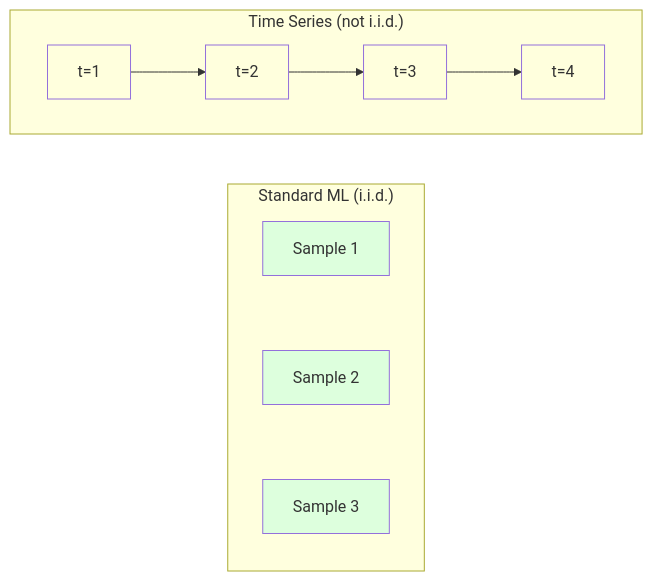
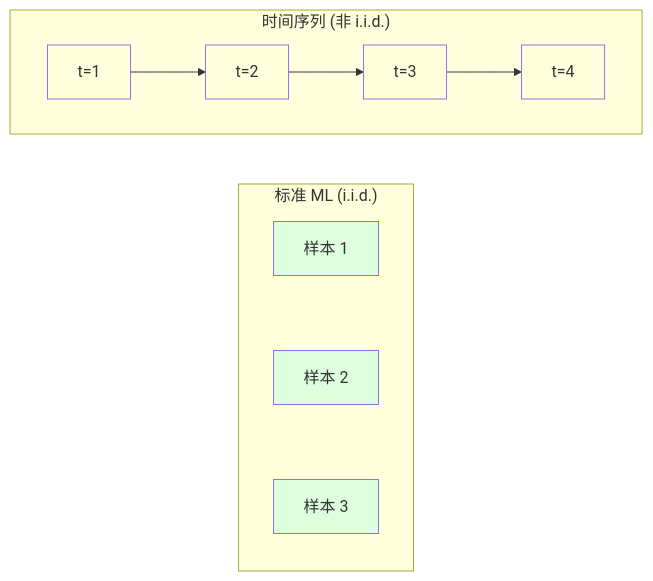
The first of 3 diagrams in lessons/02-ml-fundamentals/15-time-series/docs/zh.md (guangningsun/ailearning), drawn with Mermaid before and after one commit. The commit also changed other lines of this file and 53 other files, not shown here.

````diff
--- a/lessons/02-ml-fundamentals/15-time-series/docs/zh.md
+++ b/lessons/02-ml-fundamentals/15-time-series/docs/zh.md
@@ -40,22 +40,22 @@
 ```mermaid
 flowchart LR
-    subgraph IID["Standard ML (i.i.d.)"]
+    subgraph IID["标准 ML (i.i.d.)"]
         direction TB
-        S1[Sample 1] ~~~ S2[Sample 2]
-        S2 ~~~ S3[Sample 3]
+        S1[样本 1] ~~~ S2[样本 2]
+        S2 ~~~ S3[样本 3]
     end
-    subgraph TS["Time Series (not i.i.d.)"]
+    subgraph TS["时间序列 (非 i.i.d.)"]
         direction LR
         T1[t=1] --> T2[t=2]
         T2 --> T3[t=3]
         T3 --> T4[t=4]
     end
 
     style S1 fill:#dfd
     style S2 fill:#dfd
     style S3 fill:#dfd
     style T1 fill:#ffd
     style T2 fill:#ffd
     style T3 fill:#ffd
     style T4 fill:#ffd
 ```
````
